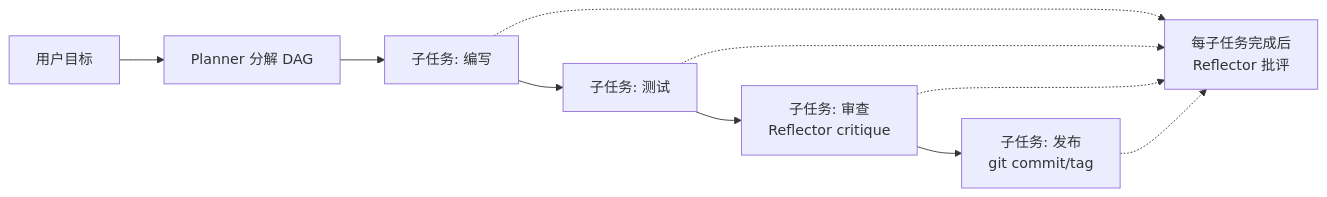
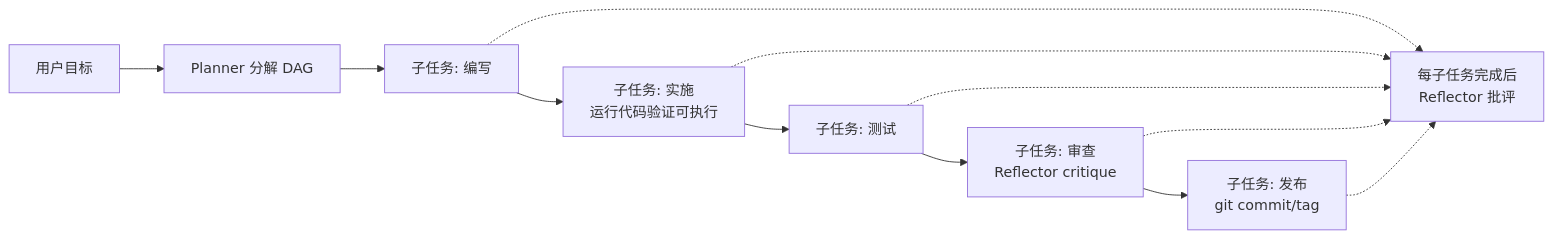
One commit to 1405451216/AgentPrimordia changed the diagram in agentprimordia/docs/guides/coding-harness.md. Above: the diagram before and after it, drawn with Mermaid. The commit also changed other lines of this file, not shown here.

````diff
--- a/agentprimordia/docs/guides/coding-harness.md
+++ b/agentprimordia/docs/guides/coding-harness.md
@@ -10,9 +10,10 @@
 ```mermaid
 flowchart LR
     Goal[用户目标] --> Plan[Planner 分解 DAG]
     Plan --> W[子任务: 编写]
-    W --> T[子任务: 测试]
+    W --> I[子任务: 实施<br/>运行代码验证可执行]
+    I --> T[子任务: 测试]
     T --> R[子任务: 审查<br/>Reflector critique]
     R --> P[子任务: 发布<br/>git commit/tag]
-    W & T & R & P -.-> Ref[每子任务完成后<br/>Reflector 批评]
+    W & I & T & R & P -.-> Ref[每子任务完成后<br/>Reflector 批评]
 ```
````
